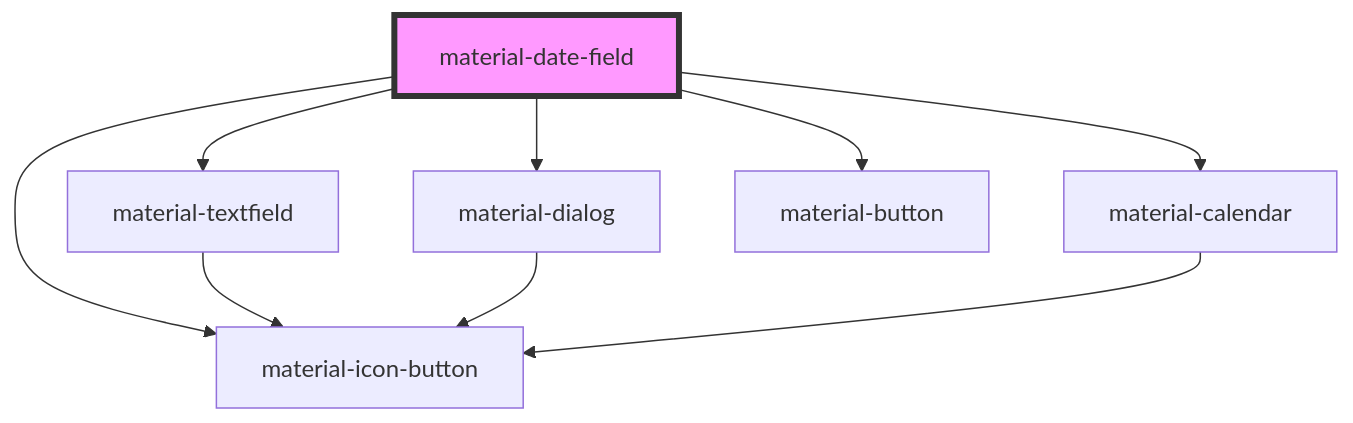
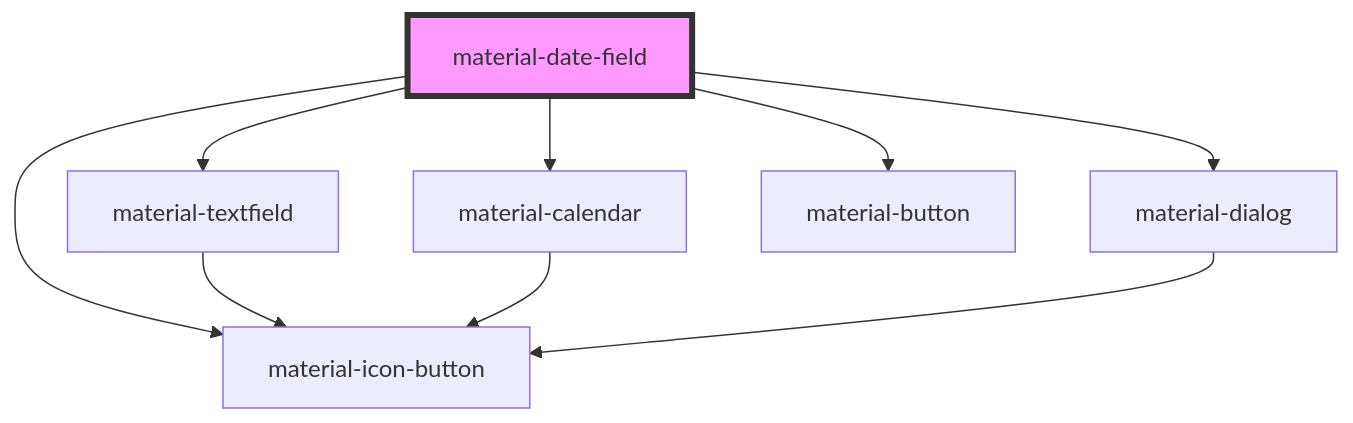
The diagram in src/components/material-date-field/readme.md (RobustaRush/material), drawn with Mermaid before and after one commit. The commit also changed other lines of this file and 3 other files, not shown here.

First line of the commit message:
feat(date-field): docked date picker — calendar dropdown at the field

````diff
--- a/src/components/material-date-field/readme.md
+++ b/src/components/material-date-field/readme.md
@@ -52,12 +53,12 @@
 ```mermaid
 graph TD;
   material-date-field --> material-textfield
   material-date-field --> material-icon-button
+  material-date-field --> material-calendar
   material-date-field --> material-dialog
-  material-date-field --> material-calendar
   material-date-field --> material-button
   material-textfield --> material-icon-button
+  material-calendar --> material-icon-button
   material-dialog --> material-icon-button
-  material-calendar --> material-icon-button
   style material-date-field fill:#f9f,stroke:#333,stroke-width:4px
 ```
````
